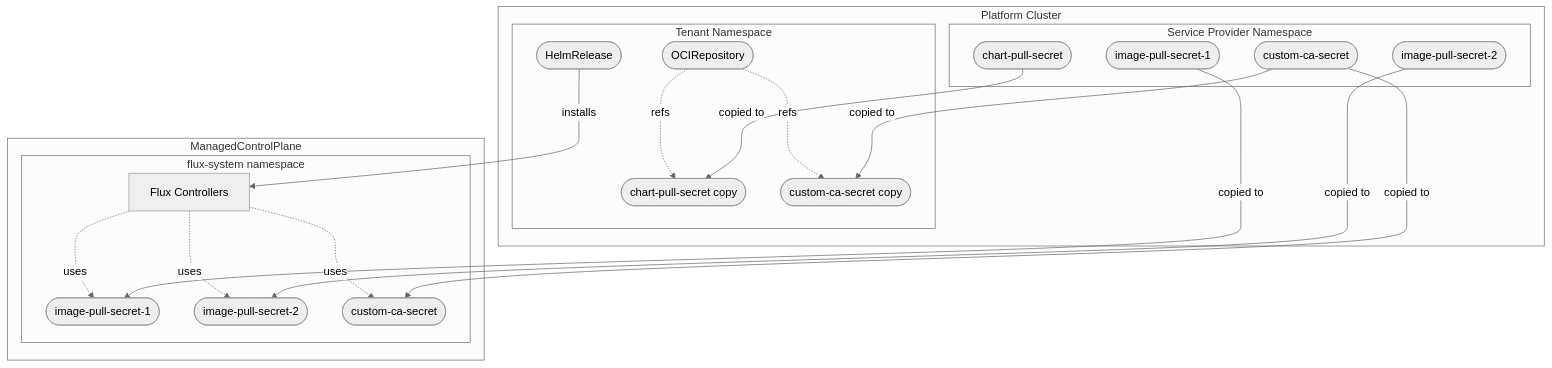
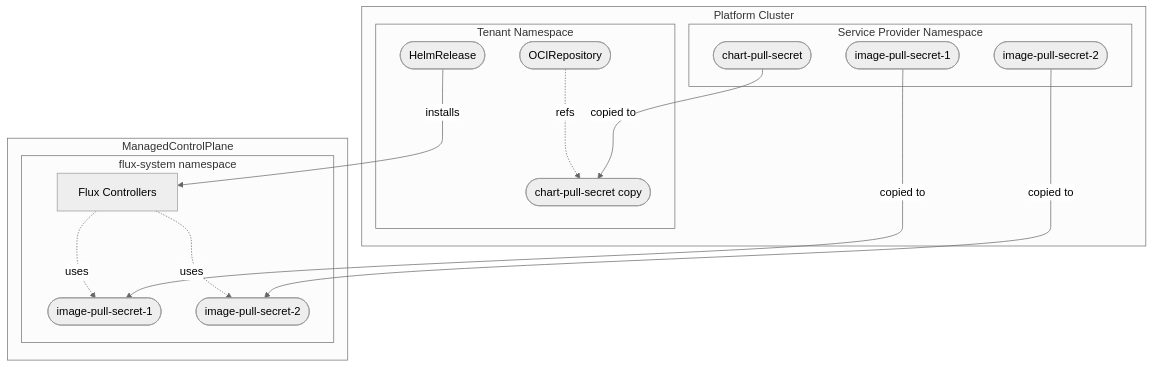
One commit to openmcp-project/service-provider-flux changed the diagram in docs/configuration/image-localization.md. Above: the diagram before and after it, drawn with Mermaid (neutral theme). The commit also changed other lines of this file and 12 other files, not shown here.

````diff
--- a/docs/configuration/image-localization.md
+++ b/docs/configuration/image-localization.md
@@ -22,40 +21,33 @@
 ```mermaid
 flowchart TB
 
   subgraph PC[Platform Cluster]
     subgraph SPN[Service Provider Namespace]
       chartsecret([chart-pull-secret])
-      customcasecret([custom-ca-secret])
       imgsecret1([image-pull-secret-1])
       imgsecret2([image-pull-secret-2])
     end
 
     subgraph TN[Tenant Namespace]
       chartsecretcopy([chart-pull-secret copy])
-      customcasecretcopy([custom-ca-secret copy])
       ocirepo([OCIRepository])
       helmrel([HelmRelease])
       ocirepo -. refs .-> chartsecretcopy
-      ocirepo -. refs .-> customcasecretcopy
     end
   end
 
   subgraph MCP[ManagedControlPlane]
     subgraph FS[flux-system namespace]
       imgcopy1([image-pull-secret-1])
       imgcopy2([image-pull-secret-2])
-      casecretcopy([custom-ca-secret])
       fluxctrl[Flux Controllers]
       fluxctrl -. uses .-> imgcopy1
       fluxctrl -. uses .-> imgcopy2
-      fluxctrl -. uses .-> casecretcopy
     end
   end
 
   chartsecret -- copied to --> chartsecretcopy
-  customcasecret -- copied to --> customcasecretcopy
   imgsecret1 -- copied to --> imgcopy1
   imgsecret2 -- copied to --> imgcopy2
-  customcasecret -- copied to --> casecretcopy
   helmrel -- installs --> fluxctrl
 ```
````
